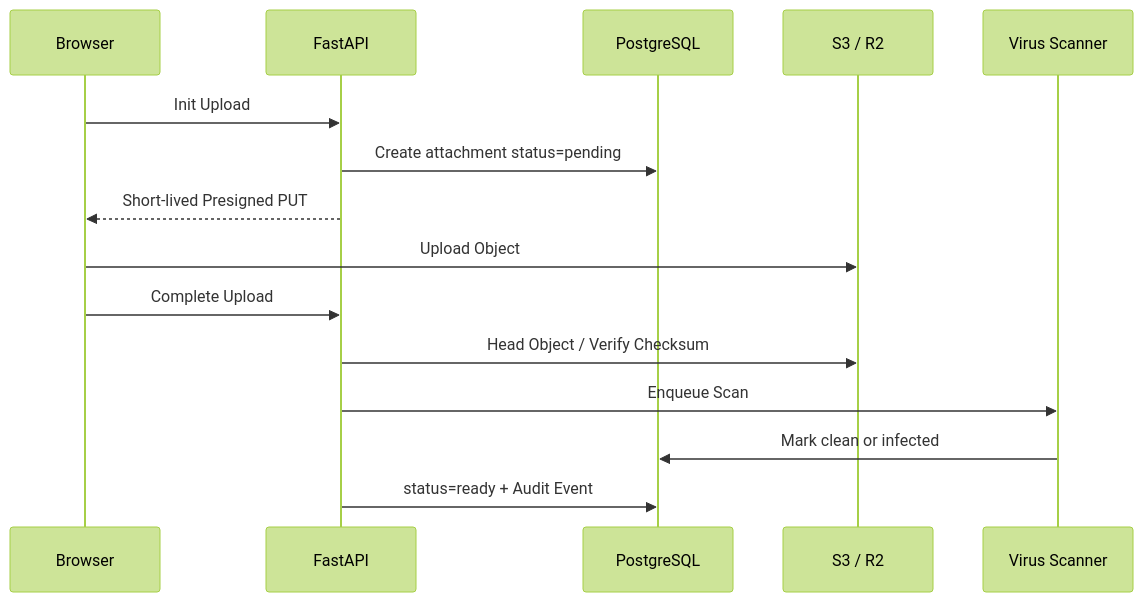
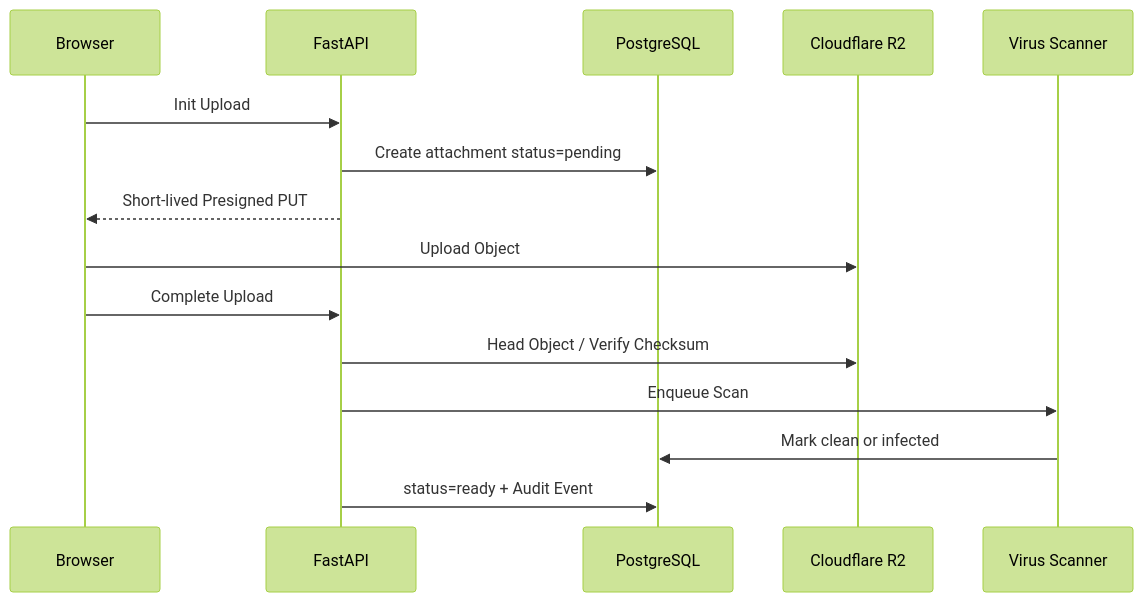
The fifth of 7 diagrams in README.md (passwii/digitalProjectManagement), drawn with Mermaid (forest theme) before and after one commit. The commit also changed other lines of this file, not shown here.

````diff
--- a/README.md
+++ b/README.md
@@ -269,18 +266,18 @@
 ```mermaid
 sequenceDiagram
     participant B as Browser
     participant API as FastAPI
     participant DB as PostgreSQL
-    participant OS as S3 / R2
+    participant OS as Cloudflare R2
     participant AV as Virus Scanner
 
     B->>API: Init Upload
     API->>DB: Create attachment status=pending
     API-->>B: Short-lived Presigned PUT
     B->>OS: Upload Object
     B->>API: Complete Upload
     API->>OS: Head Object / Verify Checksum
     API->>AV: Enqueue Scan
     AV->>DB: Mark clean or infected
     API->>DB: status=ready + Audit Event
 ```
````
